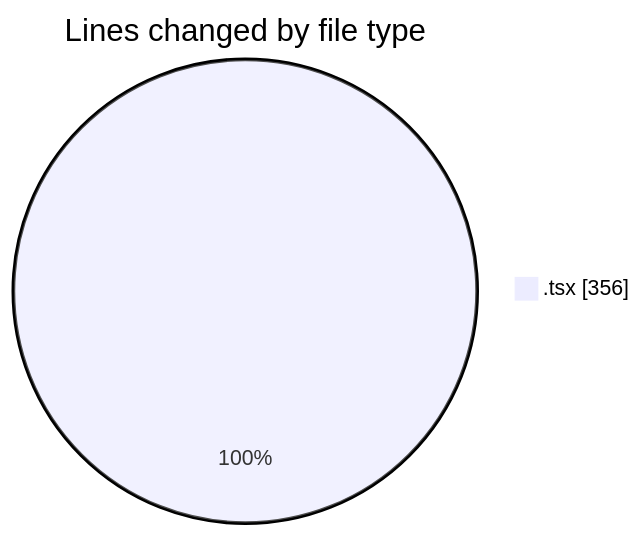
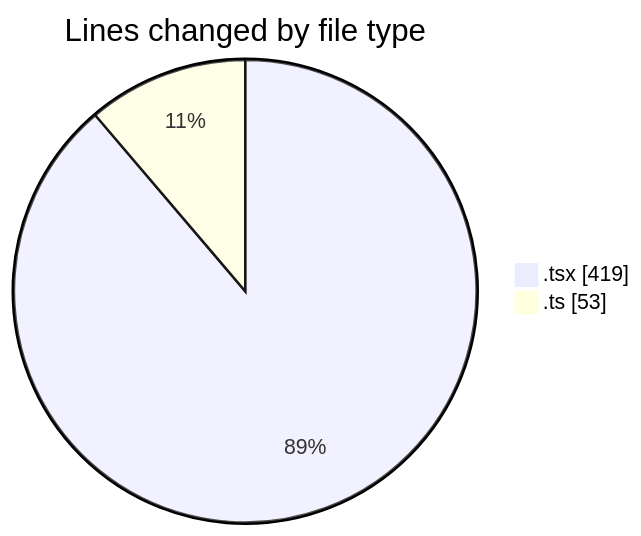
Before and after one commit to julien-gomy/code-tracking: the first of 2 diagrams in 2025-11-18/eventscop-frontend-guide__workspace_/README.md, drawn with Mermaid. The commit also changed other lines of this file and 1 other file, not shown here.

````diff
--- a/2025-11-18/eventscop-frontend-guide__workspace_/README.md
+++ b/2025-11-18/eventscop-frontend-guide__workspace_/README.md
@@ -25,5 +27,6 @@
 ```mermaid
 pie showData
 title Lines changed by file type
-".tsx" : 356
+".tsx" : 419
+".ts" : 53
 ```
````
